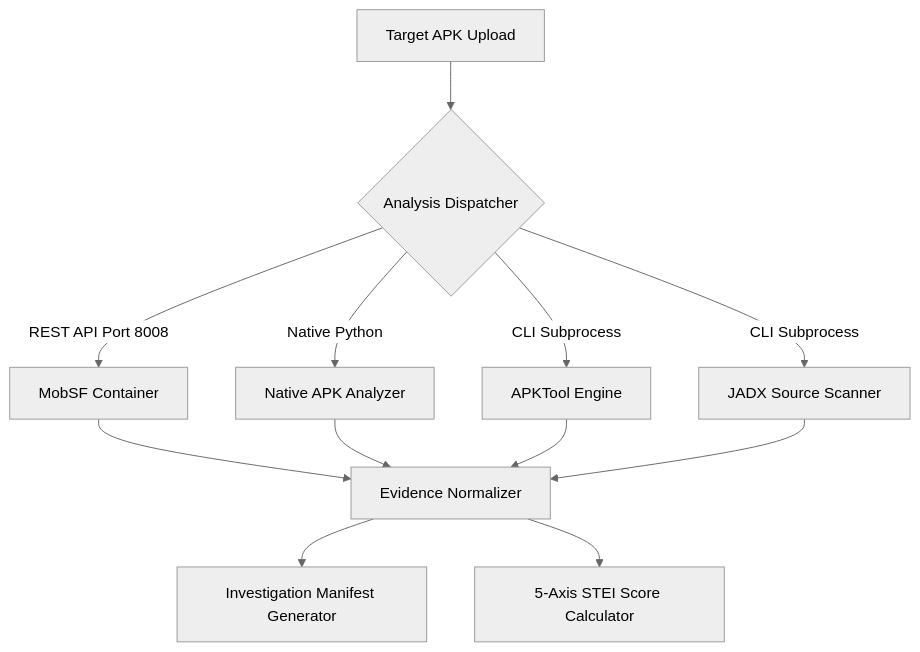
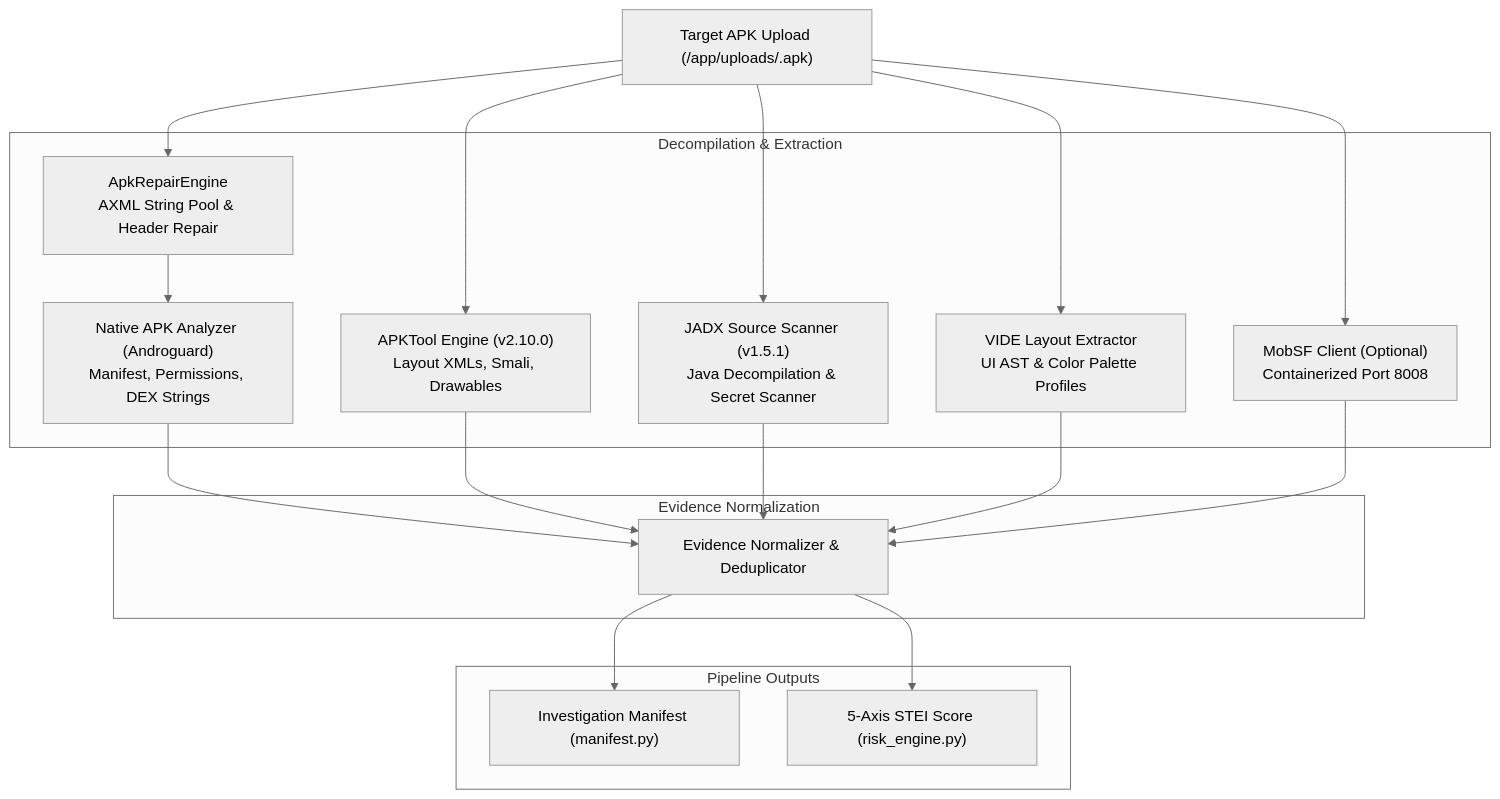
One commit to SanTiwari07/Sudarshan changed the diagram in docs/architecture/03_STATIC_THREAT_INTELLIGENCE.md. Above: the diagram before and after it, drawn with Mermaid (neutral theme). The commit also changed other lines of this file and 17 other files, not shown here.

Commit message:
initialize and synchronize comprehensive architectural and platform documentation suite

````diff
--- a/docs/architecture/03_STATIC_THREAT_INTELLIGENCE.md
+++ b/docs/architecture/03_STATIC_THREAT_INTELLIGENCE.md
@@ -40,17 +40,37 @@
 ```mermaid
 graph TD
-    APK[Target APK Upload] --> SPLIT{Analysis Dispatcher}
+    APK["Target APK Upload (/app/uploads/<sha256>.apk)"]
+    
+    subgraph Decompilation_Pipeline["Decompilation & Extraction"]
+        REPAIR["ApkRepairEngine<br/>AXML String Pool & Header Repair"]
+        ANDRO["Native APK Analyzer (Androguard)<br/>Manifest, Permissions, DEX Strings"]
+        APKT["APKTool Engine (v2.10.0)<br/>Layout XMLs, Smali, Drawables"]
+        JADX["JADX Source Scanner (v1.5.1)<br/>Java Decompilation & Secret Scanner"]
+        VIDE_P["VIDE Layout Extractor<br/>UI AST & Color Palette Profiles"]
+        MOBSF_CLI["MobSF Client (Optional)<br/>Containerized Port 8008"]
+    end
+    
+    subgraph Normalization["Evidence Normalization"]
+        NORM["Evidence Normalizer & Deduplicator"]
+    end
+    
+    subgraph Outputs["Pipeline Outputs"]
+        MANIFEST["Investigation Manifest (manifest.py)"]
+        STEI["5-Axis STEI Score (risk_engine.py)"]
+    end
 
-    SPLIT -->|REST API Port 8008| MobSF[MobSF Container]
-    SPLIT -->|Native Python| Andro[Native APK Analyzer]
-    SPLIT -->|CLI Subprocess| APKT[APKTool Engine]
-    SPLIT -->|CLI Subprocess| JADX[JADX Source Scanner]
+    APK --> REPAIR --> ANDRO
+    APK --> APKT
+    APK --> JADX
+    APK --> VIDE_P
+    APK --> MOBSF_CLI
 
-    MobSF --> NORM[Evidence Normalizer]
-    Andro --> NORM
+    ANDRO --> NORM
     APKT --> NORM
     JADX --> NORM
+    VIDE_P --> NORM
+    MOBSF_CLI --> NORM
 
-    NORM --> MANIFEST[Investigation Manifest Generator]
-    NORM --> STEI[5-Axis STEI Score Calculator]
+    NORM --> MANIFEST
+    NORM --> STEI
 ```
````
